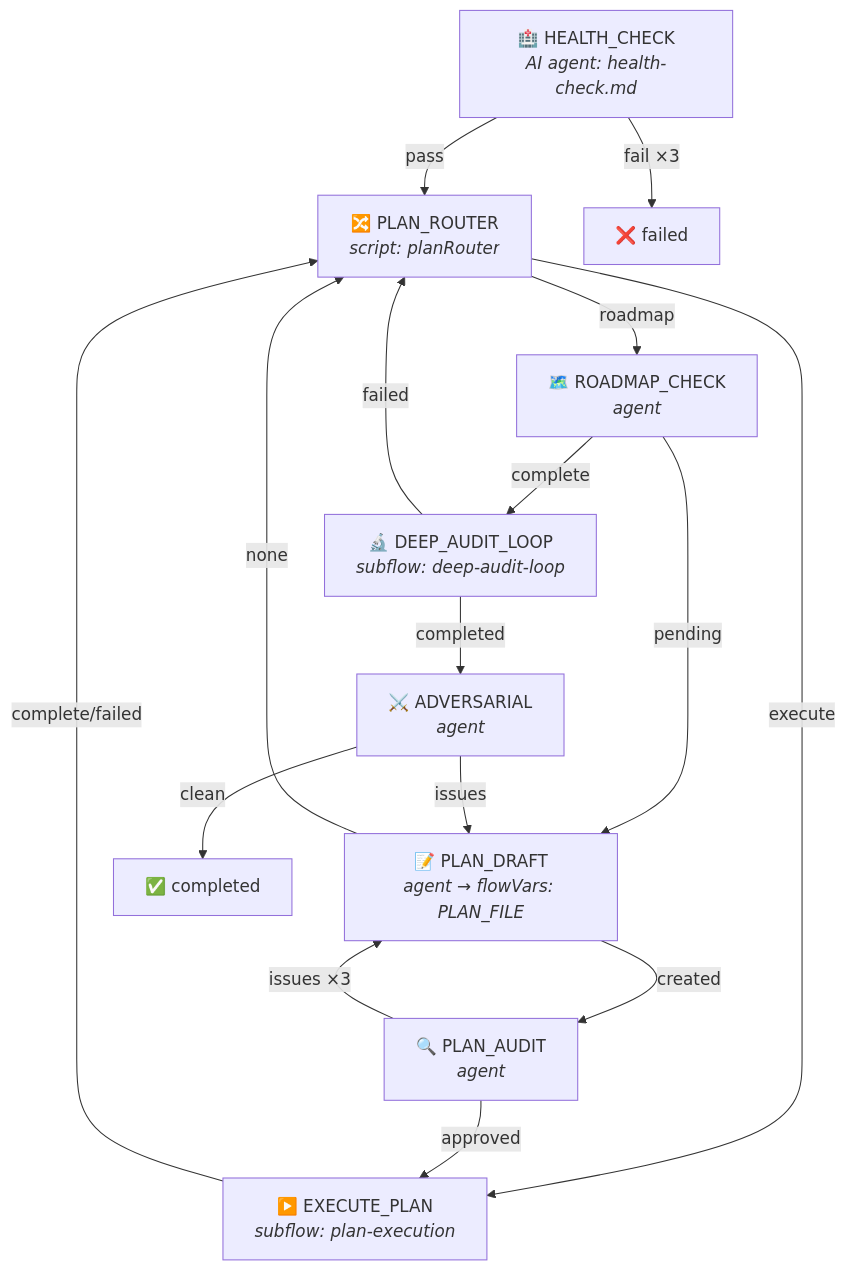
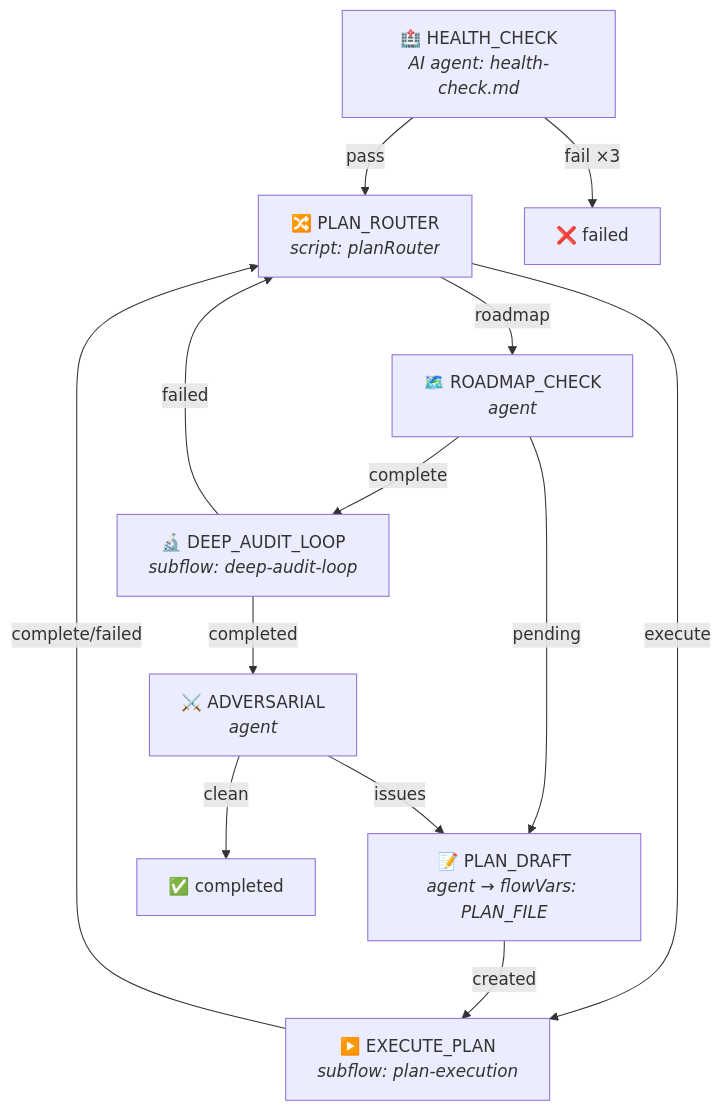
The first of 3 diagrams in ai-dev/design/opencode-goal-driver/flow-engine-design.md (entropy-cloud/nop-entropy), drawn with Mermaid before and after one commit. The commit also changed other lines of this file and 9 other files, not shown here.

First line of the commit message:
refactor(goal-driver): 合并 PLAN_AUDIT 步骤到 PLAN_DRAFT (self-audit 内嵌)

````diff
--- a/ai-dev/design/opencode-goal-driver/flow-engine-design.md
+++ b/ai-dev/design/opencode-goal-driver/flow-engine-design.md
@@ -425,26 +424,22 @@
 ```mermaid
 flowchart TD
     HC["🏥 HEALTH_CHECK<br/><i>AI agent: health-check.md</i>"]
     HC -->|pass| PR["🔀 PLAN_ROUTER<br/><i>script: planRouter</i>"]
     HC -->|"fail ×3"| FAILED["❌ failed"]
 
     PR -->|execute| EP["▶️ EXECUTE_PLAN<br/><i>subflow: plan-execution</i>"]
     PR -->|roadmap| RC["🗺️ ROADMAP_CHECK<br/><i>agent</i>"]
 
     RC -->|pending| PD["📝 PLAN_DRAFT<br/><i>agent → flowVars: PLAN_FILE</i>"]
     RC -->|complete| DAL["🔬 DEEP_AUDIT_LOOP<br/><i>subflow: deep-audit-loop</i>"]
 
-    PD -->|created| PA["🔍 PLAN_AUDIT<br/><i>agent</i>"]
-    PD -->|none| PR
-
-    PA -->|approved| EP
-    PA -->|"issues ×3"| PD
+    PD -->|created| EP
 
     EP -->|complete/failed| PR
 
     DAL -->|completed| AD["⚔️ ADVERSARIAL<br/><i>agent</i>"]
     DAL -->|failed| PR
 
     AD -->|clean| DONE["✅ completed"]
     AD -->|issues| PD
 ```
````
